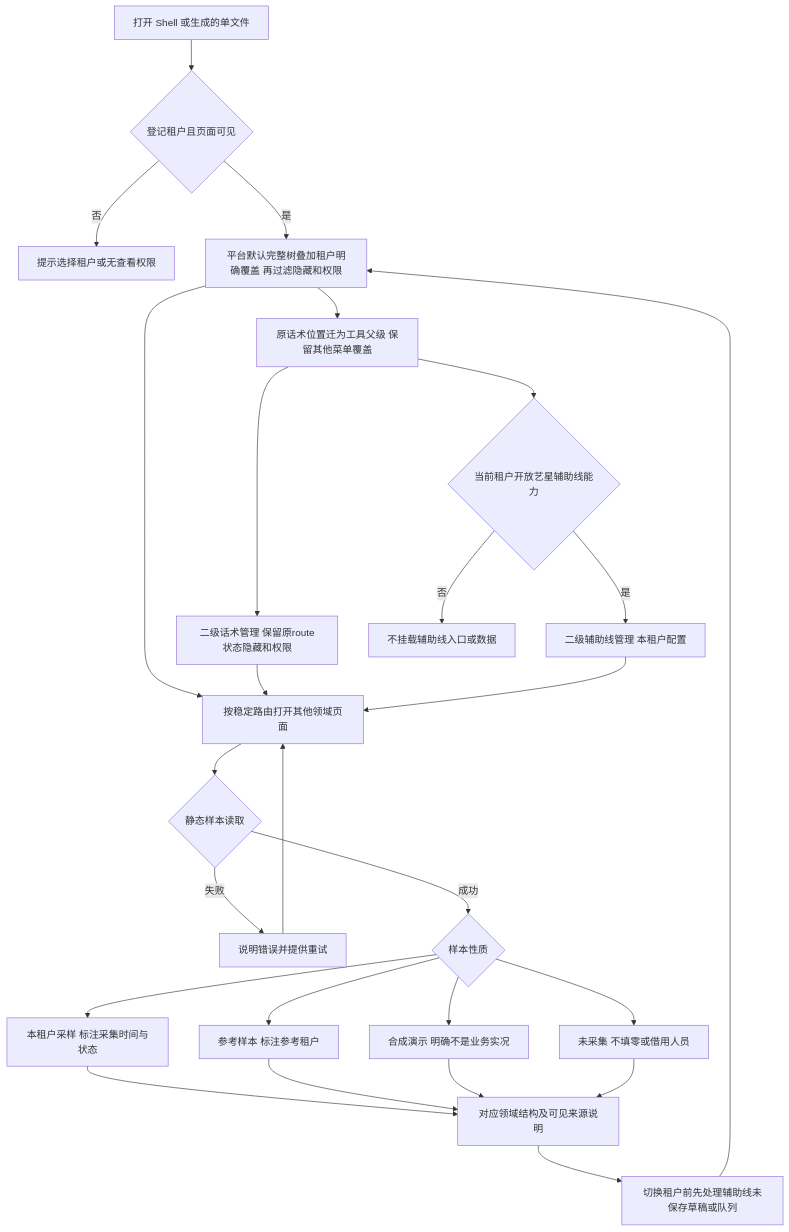
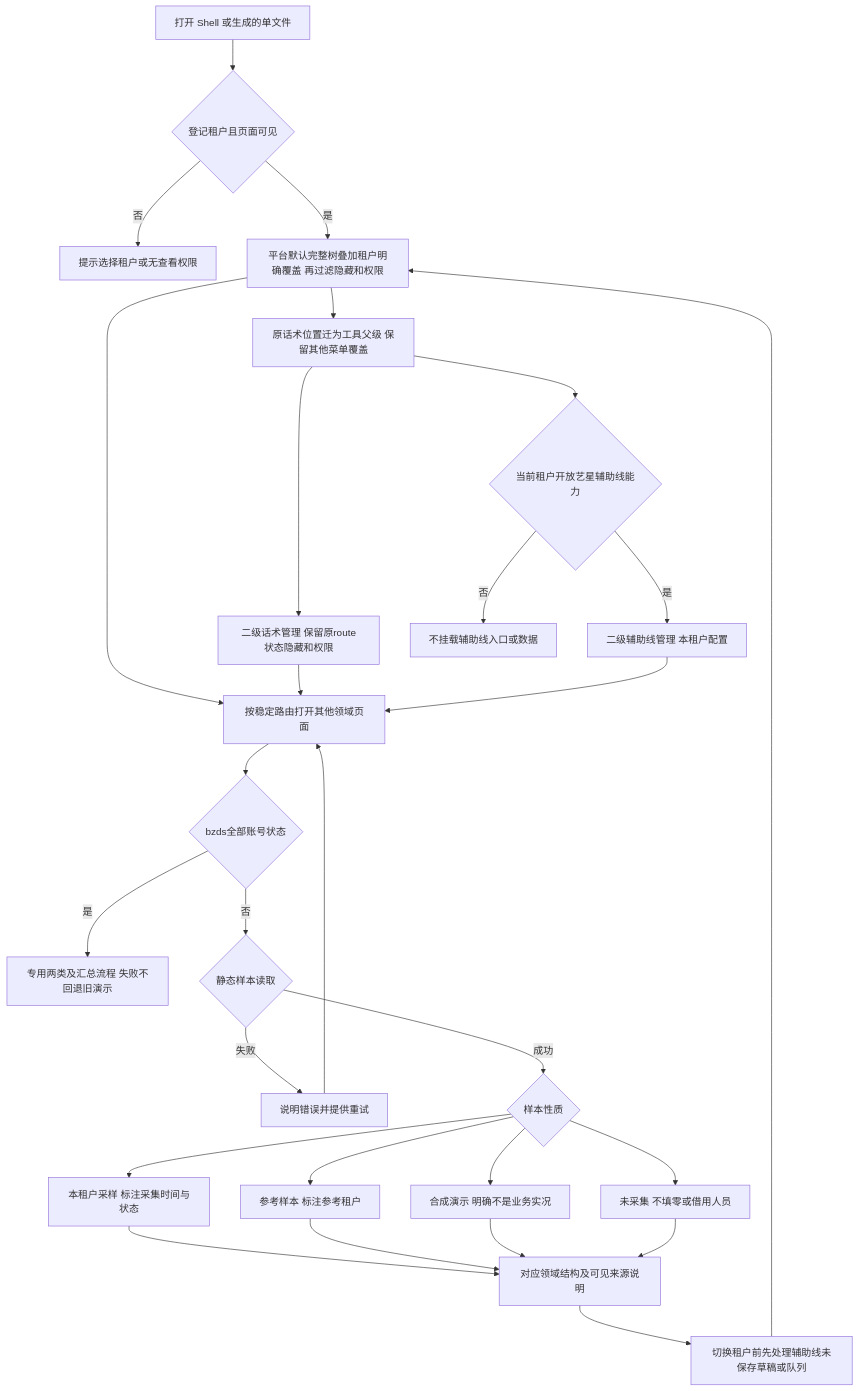
The first of 14 diagrams in flowcharts/admin-live-reference.md (xfang9528-glitch/suiyin-admin), drawn with Mermaid before and after one commit. The commit also changed other lines of this file and 32 other files, not shown here.

````diff
--- a/flowcharts/admin-live-reference.md
+++ b/flowcharts/admin-live-reference.md
@@ -11,28 +13,30 @@
 ```mermaid
 flowchart TD
     Start[打开 Shell 或生成的单文件] --> Tenant{登记租户且页面可见}
     Tenant -->|否| Denied[提示选择租户或无查看权限]
     Tenant -->|是| Config[平台默认完整树叠加租户明确覆盖 再过滤隐藏和权限]
     Config --> Tools[原话术位置迁为工具父级 保留其他菜单覆盖]
     Tools --> Language[二级话术管理 保留原route状态隐藏和权限]
     Tools --> Eligible{当前租户开放艺星辅助线能力}
     Eligible -->|是| Guides[二级辅助线管理 本租户配置]
     Eligible -->|否| NoGuides[不挂载辅助线入口或数据]
     Config --> Route[按稳定路由打开其他领域页面]
     Language --> Route
     Guides --> Route
-    Route --> Load{静态样本读取}
+    Route --> AccountRoute{bzds全部账号状态}
+    AccountRoute -->|是| AccountFlow[专用两类及汇总流程 失败不回退旧演示]
+    AccountRoute -->|否| Load{静态样本读取}
     Load -->|失败| Retry[说明错误并提供重试]
     Retry --> Route
     Load -->|成功| Source{样本性质}
     Source --> Captured[本租户采样 标注采集时间与状态]
     Source --> Reference[参考样本 标注参考租户]
     Source --> Mock[合成演示 明确不是业务实况]
     Source --> Missing[未采集 不填零或借用人员]
     Captured --> Page[对应领域结构及可见来源说明]
     Reference --> Page
     Mock --> Page
     Missing --> Page
     Page --> Switch[切换租户前先处理辅助线未保存草稿或队列]
     Switch --> Config
 ```
````
